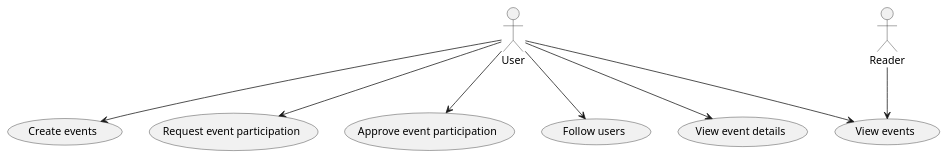
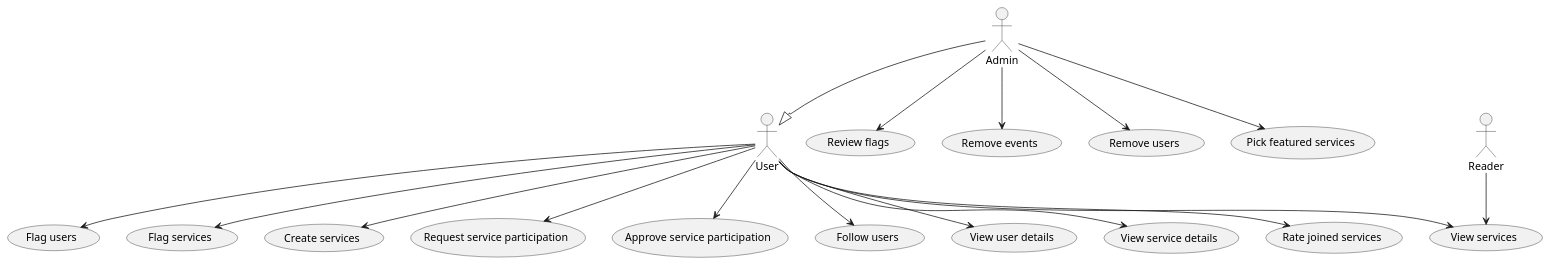
The diagram in diagrams/use-case-diagram.puml (zeyneplervesarp/swe574-javagang), drawn with PlantUML before and after one commit.

Commit message:
update use case diagram

```diff
--- a/diagrams/use-case-diagram.puml
+++ b/diagrams/use-case-diagram.puml
@@ -1,11 +1,21 @@
 @startuml UseCase
 
-User --> (Create events)
-User --> (Request event participation)
-User --> (Approve event participation)
+
+User <|-up- Admin
+Admin --> (Review flags)
+Admin --> (Remove events)
+Admin --> (Remove users)
+Admin --> (Pick featured services)
+User --> (Flag users)
+User --> (Flag services)
+User --> (Create services)
+User --> (Request service participation)
+User --> (Approve service participation)
 User --> (Follow users)
-User --> (View events)
-User --> (View event details)
-Reader --> (View events)
+User --> (View user details)
+User --> (View services)
+User --> (View service details)
+User --> (Rate joined services)
+Reader --> (View services)
 
 @enduml
```
